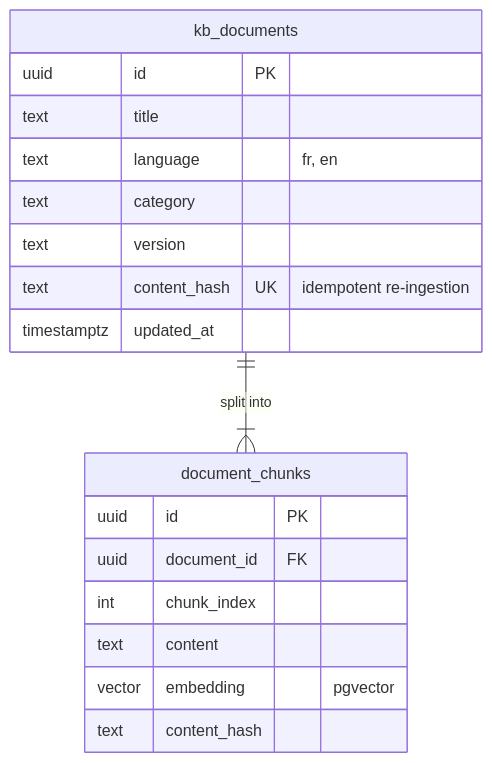
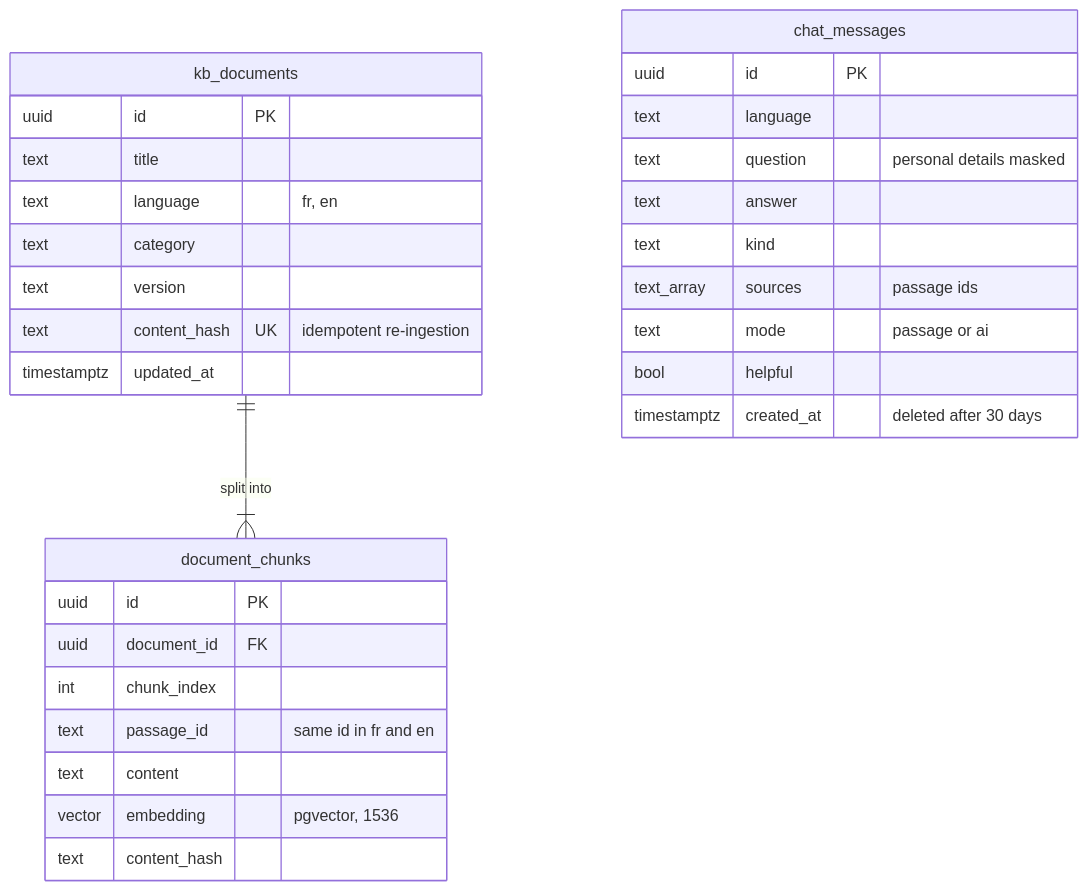
One commit to kkprojects5/clinique-physio changed the seventh of 7 diagrams in docs/erd.md. Above: the diagram before and after it, drawn with Mermaid. The commit also changed other lines of this file and 54 other files, not shown here.

````diff
--- a/docs/erd.md
+++ b/docs/erd.md
@@ -380,22 +380,34 @@
 ```mermaid
 erDiagram
     kb_documents ||--|{ document_chunks : "split into"
     kb_documents {
         uuid id PK
         text title
         text language "fr, en"
         text category
         text version
         text content_hash UK "idempotent re-ingestion"
         timestamptz updated_at
     }
     document_chunks {
         uuid id PK
         uuid document_id FK
         int chunk_index
+        text passage_id "same id in fr and en"
         text content
-        vector embedding "pgvector"
+        vector embedding "pgvector, 1536"
         text content_hash
+    }
+    chat_messages {
+        uuid id PK
+        text language
+        text question "personal details masked"
+        text answer
+        text kind
+        text_array sources "passage ids"
+        text mode "passage or ai"
+        bool helpful
+        timestamptz created_at "deleted after 30 days"
     }
 
 ```
````
